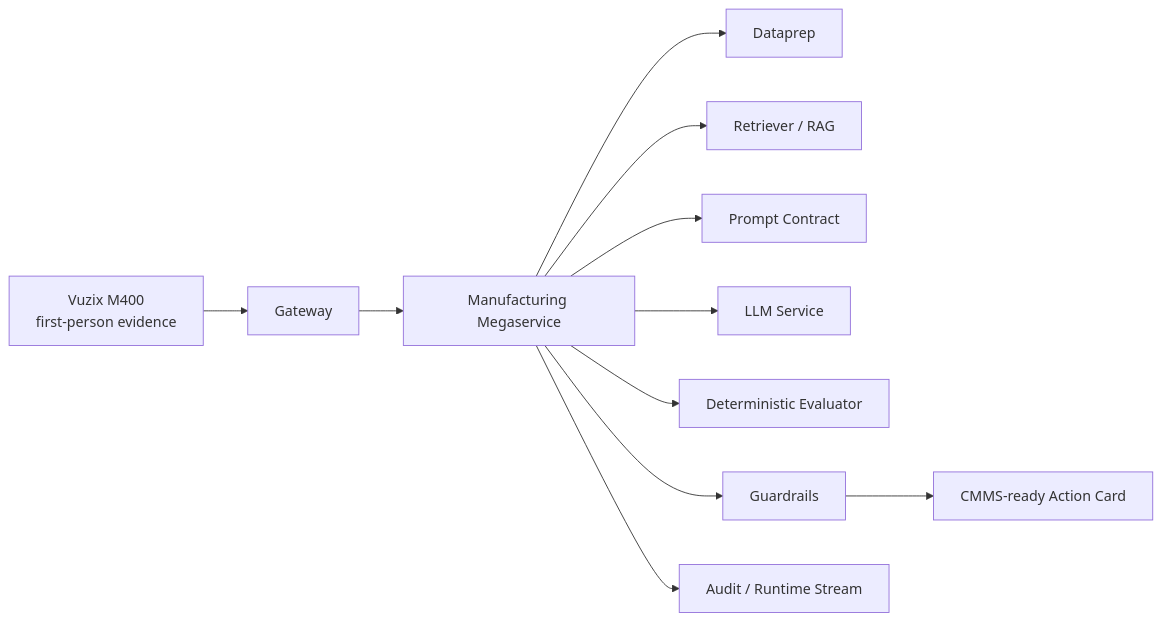
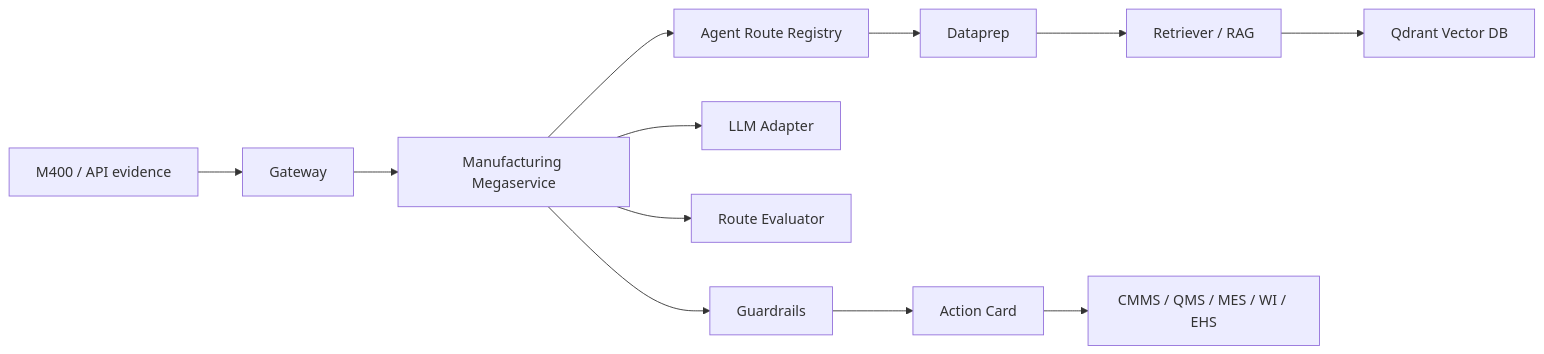
Before and after one commit to davidmillerak2026-sys/wearedge-opea-manufacturing: the diagram in docs/opea-component-evidence.md, drawn with Mermaid. The commit also changed other lines of this file and 31 other files, not shown here.

````diff
--- a/docs/opea-component-evidence.md
+++ b/docs/opea-component-evidence.md
@@ -16,13 +16,14 @@
 ```mermaid
 flowchart LR
-    M400["Vuzix M400<br/>first-person evidence"] --> GW["Gateway"]
+    M400["M400 / API evidence"] --> GW["Gateway"]
     GW --> MEGA["Manufacturing Megaservice"]
-    MEGA --> DATA["Dataprep"]
-    MEGA --> RET["Retriever / RAG"]
-    MEGA --> PROMPT["Prompt Contract"]
-    MEGA --> LLM["LLM Service"]
-    MEGA --> EVAL["Deterministic Evaluator"]
+    MEGA --> ROUTE["Agent Route Registry"]
+    ROUTE --> DATA["Dataprep"]
+    DATA --> RET["Retriever / RAG"]
+    RET --> VDB["Qdrant Vector DB"]
+    MEGA --> LLM["LLM Adapter"]
+    MEGA --> EVAL["Route Evaluator"]
     MEGA --> GUARD["Guardrails"]
-    MEGA --> AUDIT["Audit / Runtime Stream"]
-    GUARD --> ACTION["CMMS-ready Action Card"]
+    GUARD --> ACTION["Action Card"]
+    ACTION --> SYS["CMMS / QMS / MES / WI / EHS"]
 ```
````
